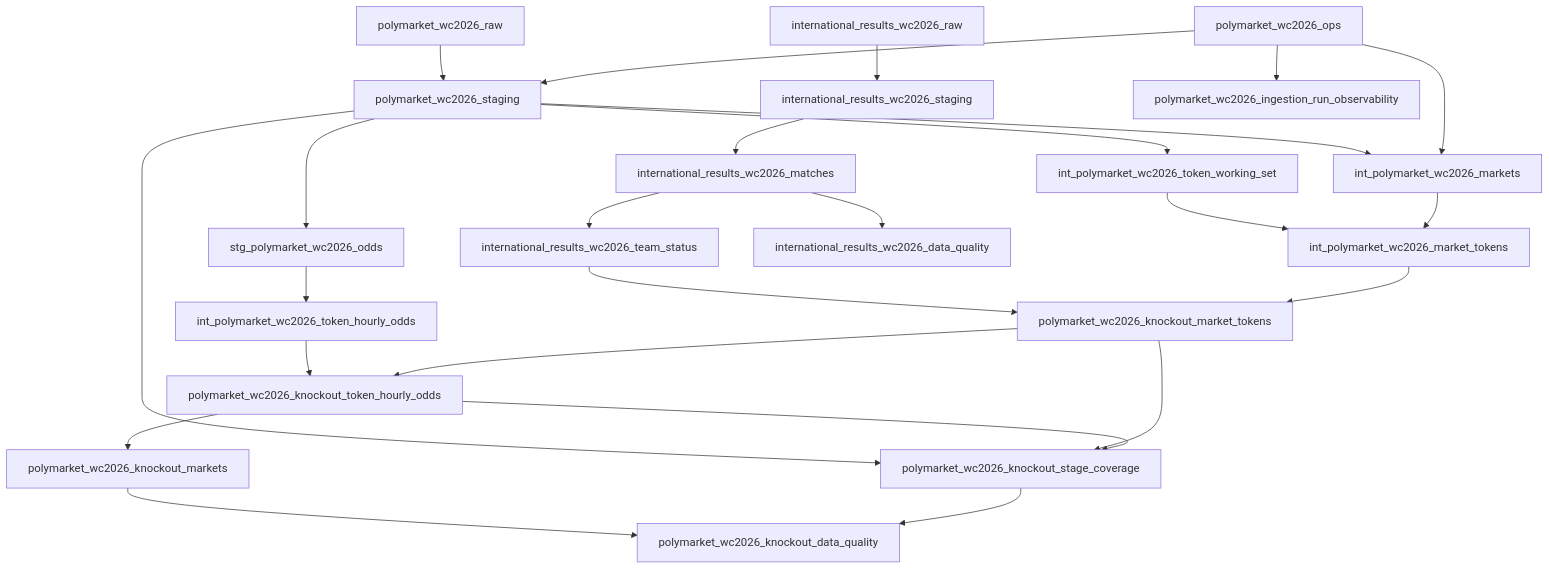
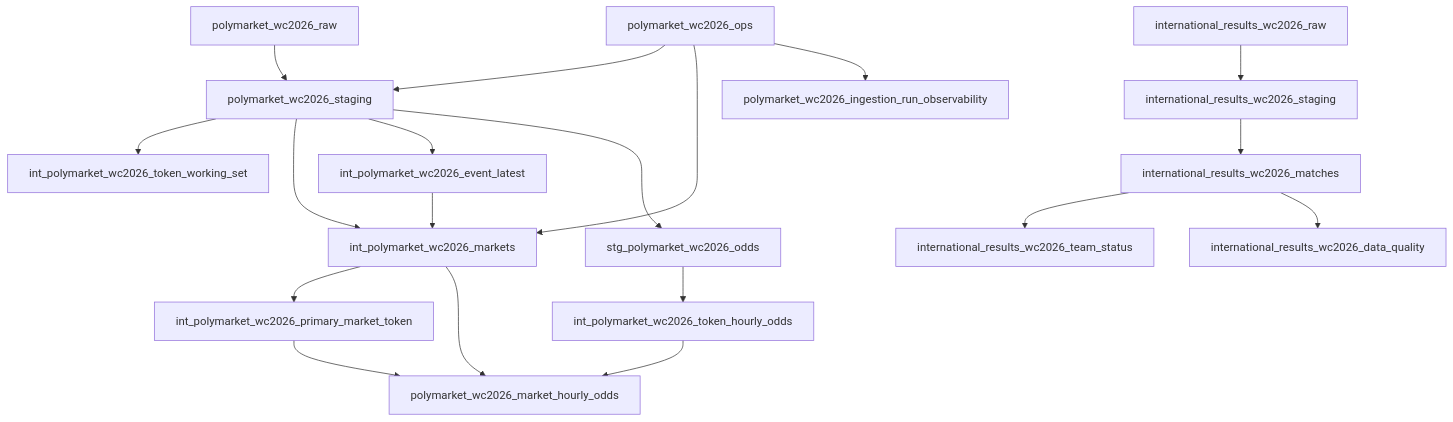
One commit to hypertrial/oddsfox-pipeline changed the second of 2 diagrams in docs/concepts/architecture.md. Above: the diagram before and after it, drawn with Mermaid. The commit also changed other lines of this file and 98 other files, not shown here.

Commit message:
Replace WC2026 knockout marts with event-gated market hourly odds.

````diff
--- a/docs/concepts/architecture.md
+++ b/docs/concepts/architecture.md
@@ -86,27 +86,21 @@
 ```mermaid
 flowchart TD
     raw["polymarket_wc2026_raw"] --> staging["polymarket_wc2026_staging"]
     results_raw["international_results_wc2026_raw"] --> results_staging["international_results_wc2026_staging"]
     results_staging --> matches["international_results_wc2026_matches"]
     matches --> team_status["international_results_wc2026_team_status"]
     ops["polymarket_wc2026_ops"] --> staging
     staging --> token_working_set["int_polymarket_wc2026_token_working_set"]
     staging --> wc2026_markets_int["int_polymarket_wc2026_markets"]
+    staging --> event_latest["int_polymarket_wc2026_event_latest"]
     staging --> odds["stg_polymarket_wc2026_odds"]
     ops --> wc2026_markets_int
-    token_working_set --> wc2026_tokens["int_polymarket_wc2026_market_tokens"]
-    wc2026_markets_int --> wc2026_tokens
-    team_status --> knockout_tokens
-    wc2026_tokens --> knockout_tokens["polymarket_wc2026_knockout_market_tokens"]
+    event_latest --> wc2026_markets_int
+    wc2026_markets_int --> primary_token["int_polymarket_wc2026_primary_market_token"]
     odds --> hourly_fact["int_polymarket_wc2026_token_hourly_odds"]
-    hourly_fact --> knockout_hourly
-    knockout_tokens --> knockout_hourly["polymarket_wc2026_knockout_token_hourly_odds"]
-    knockout_hourly --> knockout_markets["polymarket_wc2026_knockout_markets"]
-    staging --> stage_coverage["polymarket_wc2026_knockout_stage_coverage"]
-    knockout_tokens --> stage_coverage
-    knockout_hourly --> stage_coverage
-    knockout_markets --> data_quality["polymarket_wc2026_knockout_data_quality"]
-    stage_coverage --> data_quality
+    primary_token --> golden["polymarket_wc2026_market_hourly_odds"]
+    wc2026_markets_int --> golden
+    hourly_fact --> golden
     ops --> observability["polymarket_wc2026_ingestion_run_observability"]
     matches --> results_dq["international_results_wc2026_data_quality"]
 ```
````
